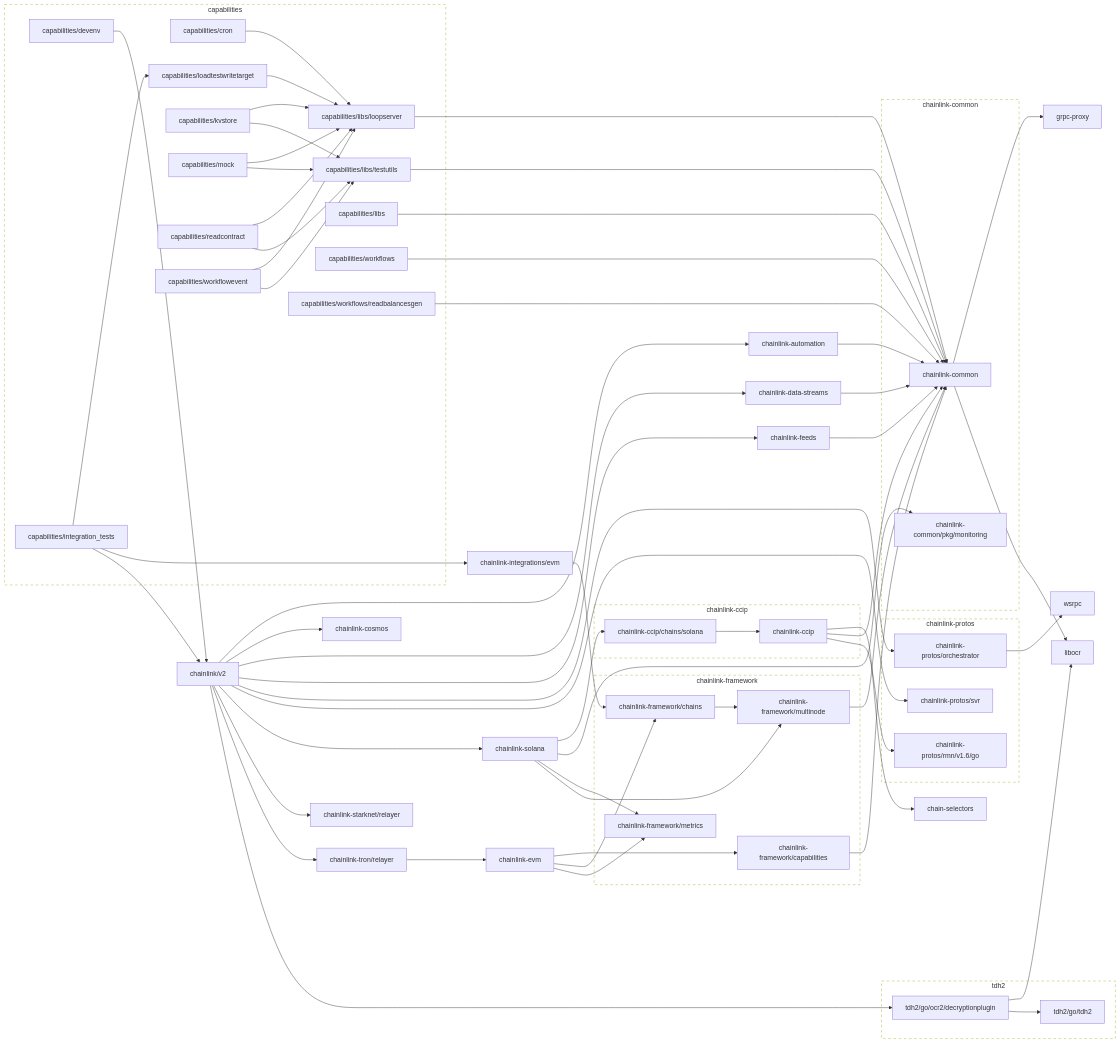
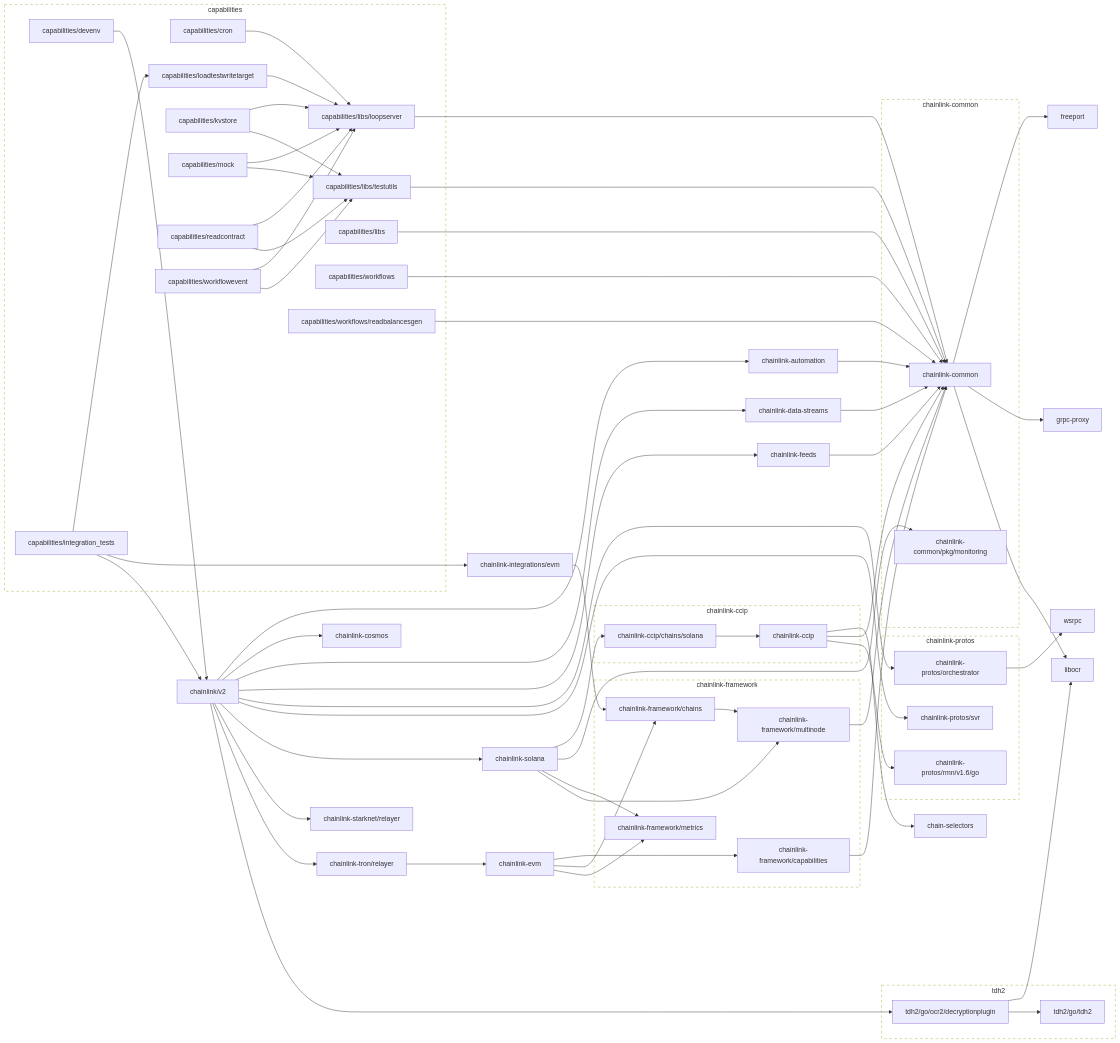
Before and after one commit to smartcontractkit/capabilities: the diagram in go.md, drawn with Mermaid. The commit also changed 4 other files, not shown here.

```diff
--- a/go.md
+++ b/go.md
@@ -44,6 +44,7 @@
 	click chainlink-ccip href "https://github.com/smartcontractkit/chainlink-ccip"
 	chainlink-ccip/chains/solana --> chainlink-ccip
 	click chainlink-ccip/chains/solana href "https://github.com/smartcontractkit/chainlink-ccip"
+	chainlink-common --> freeport
 	chainlink-common --> grpc-proxy
 	chainlink-common --> libocr
 	click chainlink-common href "https://github.com/smartcontractkit/chainlink-common"
@@ -95,6 +96,8 @@
 	chainlink/v2 --> chainlink-tron/relayer
 	chainlink/v2 --> tdh2/go/ocr2/decryptionplugin
 	click chainlink/v2 href "https://github.com/smartcontractkit/chainlink"
+	freeport
+	click freeport href "https://github.com/smartcontractkit/freeport"
 	grpc-proxy
 	click grpc-proxy href "https://github.com/smartcontractkit/grpc-proxy"
 	libocr
```
